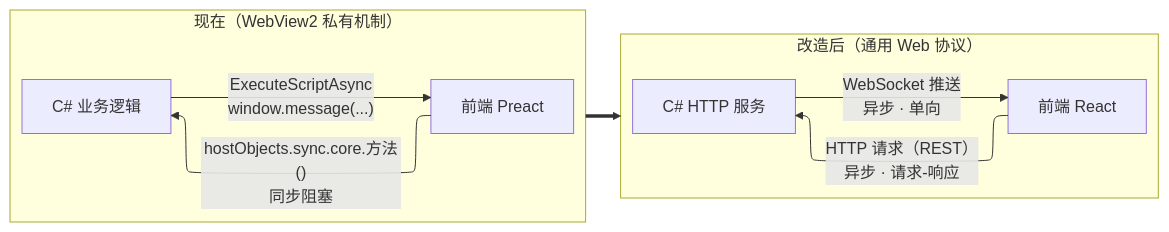
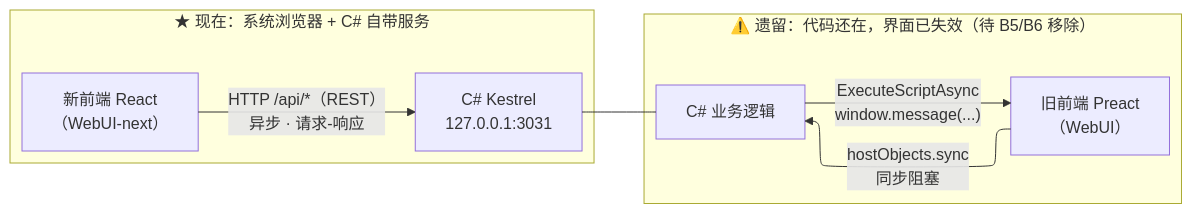
The diagram in AGENT.md (Aa-arun/iagd), drawn with Mermaid before and after one commit. The commit also changed other lines of this file and 6 other files, not shown here.

````diff
--- a/AGENT.md
+++ b/AGENT.md
@@ -110,17 +117,16 @@
 ```mermaid
 %%{init: {"flowchart": {"defaultRenderer": "elk"}} }%%
 flowchart LR
-    subgraph Before["现在（WebView2 私有机制）"]
+    subgraph Now["★ 现在：系统浏览器 + C# 自带服务"]
         direction LR
-        FE1["前端 Preact"] -- "hostObjects.sync.core.方法()<br/>同步阻塞" --> C1["C# 业务逻辑"]
+        FE2["新前端 React<br/>（WebUI-next）"] -- "HTTP /api/*（REST）<br/>异步 · 请求-响应" --> C2["C# Kestrel<br/>127.0.0.1:3031"]
+    end
+
+    subgraph Legacy["⚠️ 遗留：代码还在，界面已失效（待 B5/B6 移除）"]
+        direction LR
+        FE1["旧前端 Preact<br/>（WebUI）"] -- "hostObjects.sync<br/>同步阻塞" --> C1["C# 业务逻辑"]
         C1 -- "ExecuteScriptAsync<br/>window.message(...)" --> FE1
     end
 
-    subgraph After["改造后（通用 Web 协议）"]
-        direction LR
-        FE2["前端 React"] -- "HTTP 请求（REST）<br/>异步 · 请求-响应" --> C2["C# HTTP 服务"]
-        C2 -- "WebSocket 推送<br/>异步 · 单向" --> FE2
-    end
-
-    Before ==> After
+    C2 --- C1
 ```
````
